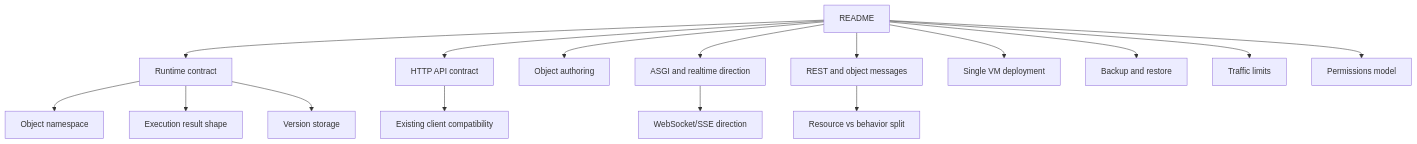
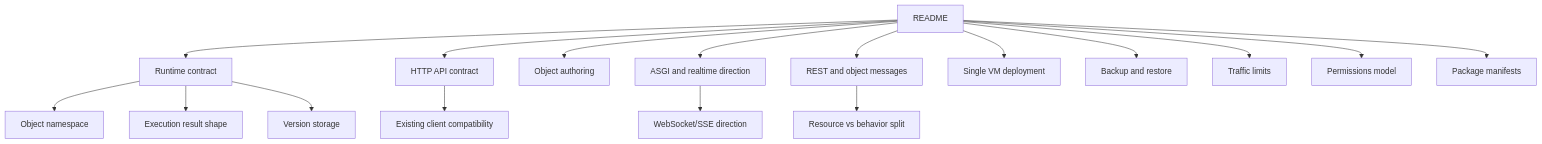
One commit to askrobots/dbbasic-object-server changed the diagram in docs/README.md. Above: the diagram before and after it, drawn with Mermaid. The commit also changed other lines of this file and 13 other files, not shown here.

````diff
--- a/docs/README.md
+++ b/docs/README.md
@@ -9,20 +9,21 @@
 ```mermaid
 flowchart TD
     A["README"] --> B["Runtime contract"]
     A --> C["HTTP API contract"]
     A --> M["Object authoring"]
     A --> D["ASGI and realtime direction"]
     A --> E["REST and object messages"]
     A --> L["Single VM deployment"]
     A --> N["Backup and restore"]
     A --> O["Traffic limits"]
     A --> P["Permissions model"]
+    A --> Q["Package manifests"]
 
     B --> F["Object namespace"]
     B --> G["Execution result shape"]
     B --> H["Version storage"]
 
     C --> I["Existing client compatibility"]
     D --> J["WebSocket/SSE direction"]
     E --> K["Resource vs behavior split"]
 ```
````
